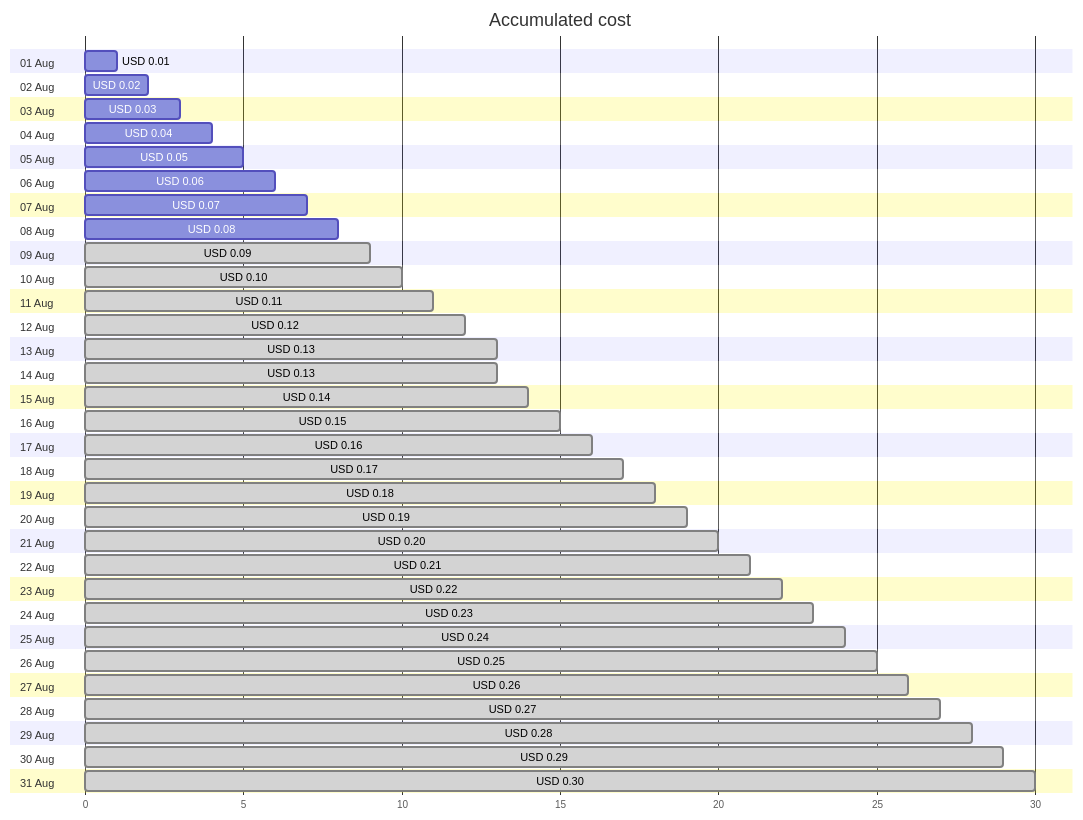
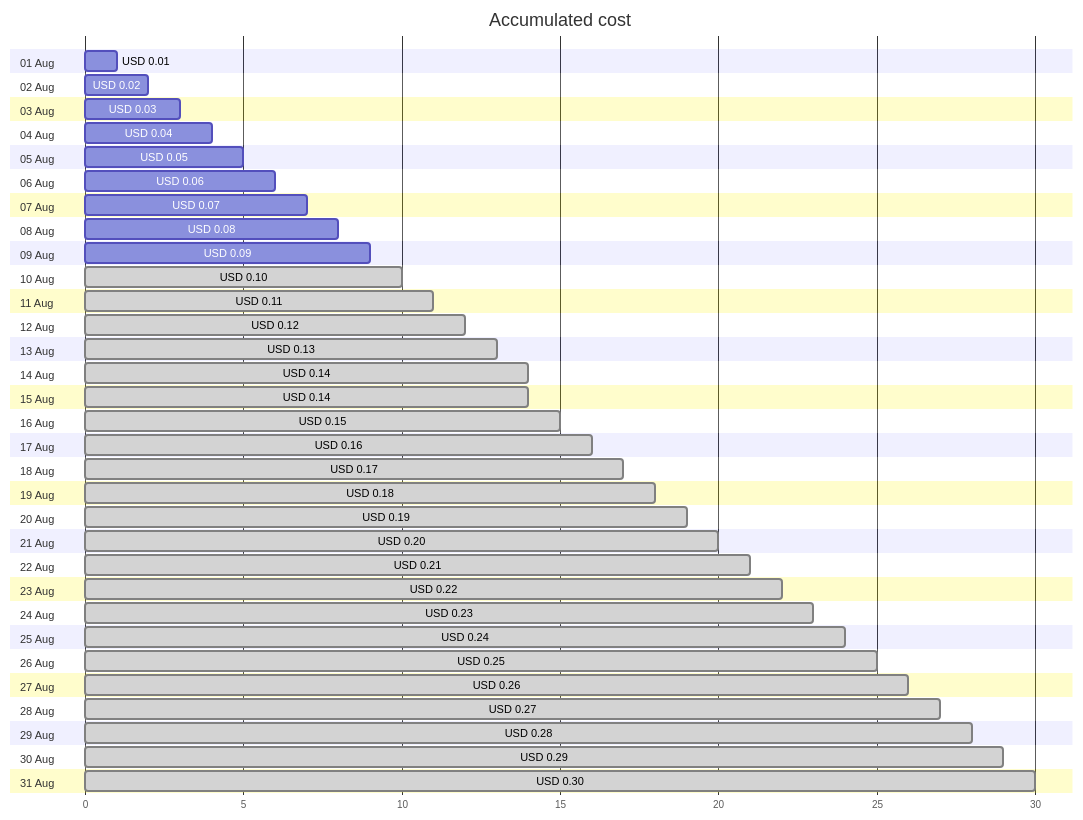
Before and after one commit to jpfulton/azure-personal-reports: the first of 4 diagrams in cost-reports/cloud-shell-storage-eastus/README.md, drawn with Mermaid. The commit also changed other lines of this file and 1 other file, not shown here.

````diff
--- a/cost-reports/cloud-shell-storage-eastus/README.md
+++ b/cost-reports/cloud-shell-storage-eastus/README.md
@@ -20,68 +20,68 @@
 ```mermaid
 gantt
    title Accumulated cost
    dateFormat  X
    axisFormat %s
    section 01 Aug
    USD 0.01 :0, 1
    section 02 Aug
    USD 0.02 :0, 2
    section 03 Aug
    USD 0.03 :0, 3
    section 04 Aug
    USD 0.04 :0, 4
    section 05 Aug
    USD 0.05 :0, 5
    section 06 Aug
    USD 0.06 :0, 6
    section 07 Aug
    USD 0.07 :0, 7
    section 08 Aug
    USD 0.08 :0, 8
    section 09 Aug
-   USD 0.09 : done, 0, 9
+   USD 0.09 :0, 9
    section 10 Aug
    USD 0.10 : done, 0, 10
    section 11 Aug
    USD 0.11 : done, 0, 11
    section 12 Aug
    USD 0.12 : done, 0, 12
    section 13 Aug
    USD 0.13 : done, 0, 13
    section 14 Aug
-   USD 0.13 : done, 0, 13
+   USD 0.14 : done, 0, 14
    section 15 Aug
    USD 0.14 : done, 0, 14
    section 16 Aug
    USD 0.15 : done, 0, 15
    section 17 Aug
    USD 0.16 : done, 0, 16
    section 18 Aug
    USD 0.17 : done, 0, 17
    section 19 Aug
    USD 0.18 : done, 0, 18
    section 20 Aug
    USD 0.19 : done, 0, 19
    section 21 Aug
    USD 0.20 : done, 0, 20
    section 22 Aug
    USD 0.21 : done, 0, 21
    section 23 Aug
    USD 0.22 : done, 0, 22
    section 24 Aug
    USD 0.23 : done, 0, 23
    section 25 Aug
    USD 0.24 : done, 0, 24
    section 26 Aug
    USD 0.25 : done, 0, 25
    section 27 Aug
    USD 0.26 : done, 0, 26
    section 28 Aug
    USD 0.27 : done, 0, 27
    section 29 Aug
    USD 0.28 : done, 0, 28
    section 30 Aug
    USD 0.29 : done, 0, 29
    section 31 Aug
    USD 0.30 : done, 0, 30
 ```
````
